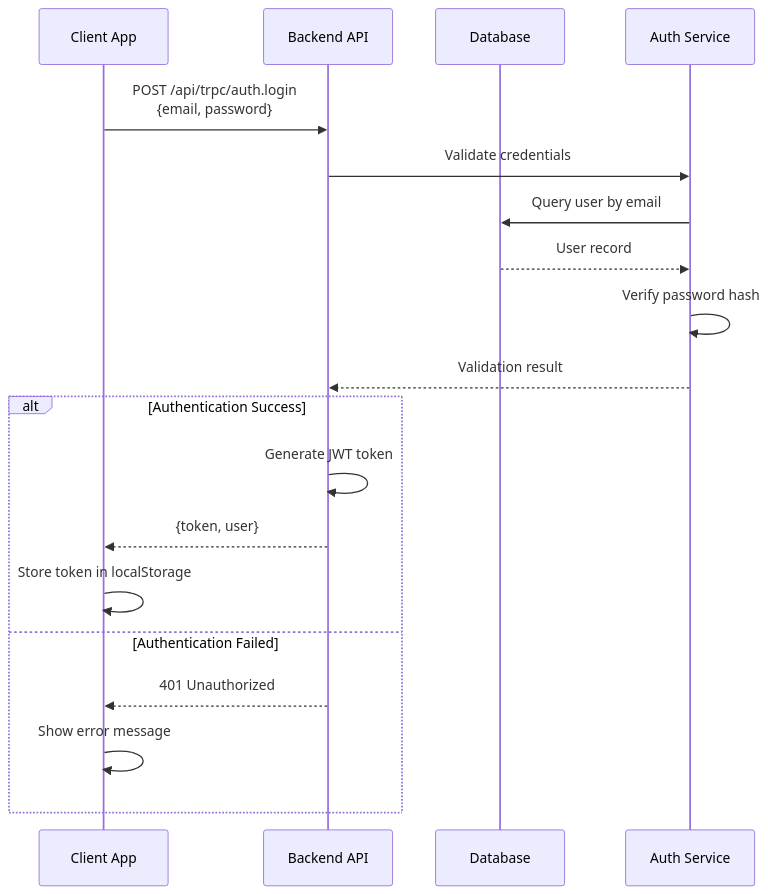
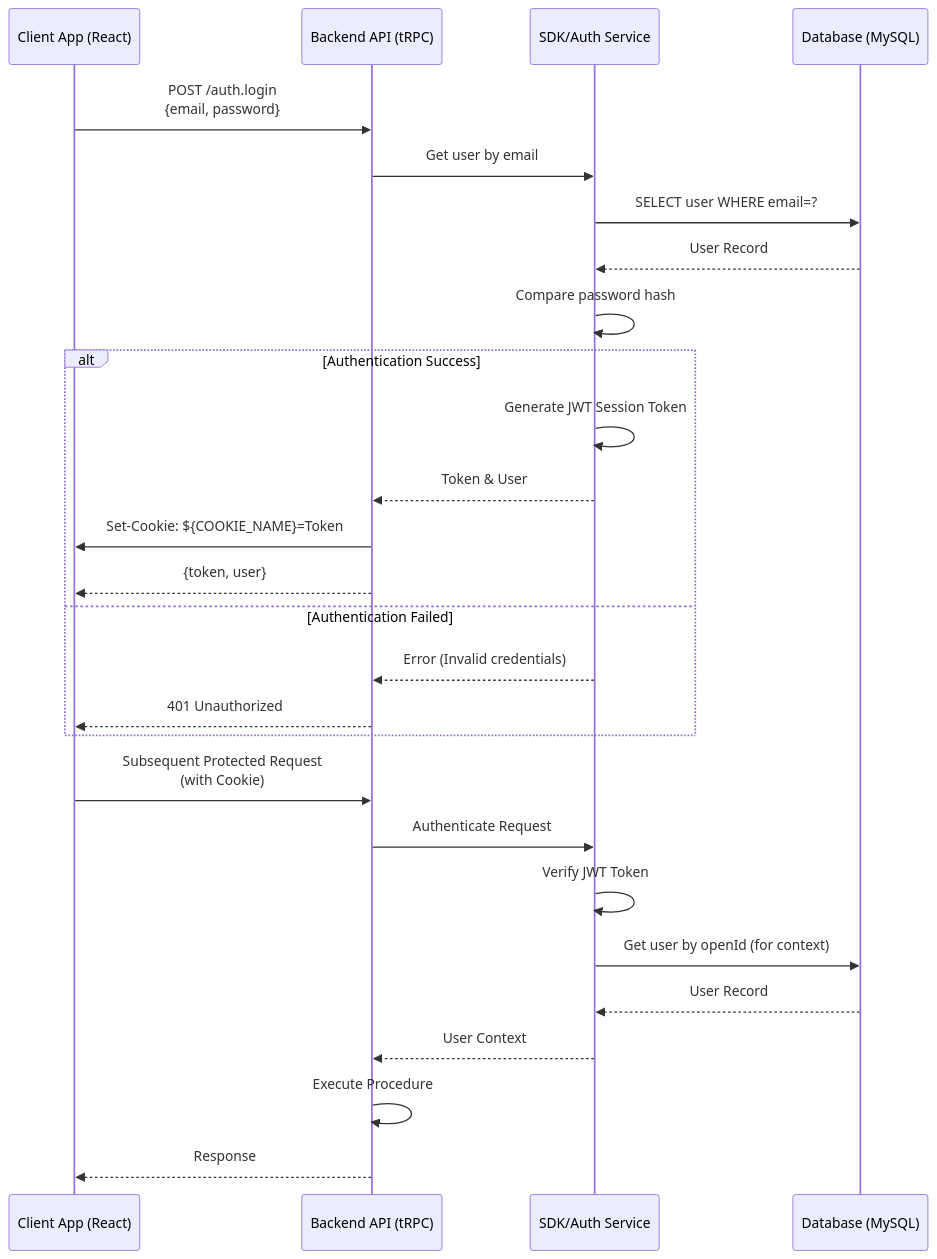
One commit to DruHustle/smart-factory-iot changed the first of 5 diagrams in docs/api-flows.md. Above: the diagram before and after it, drawn with Mermaid. The commit also changed other lines of this file and 7 other files, not shown here.

````diff
--- a/docs/api-flows.md
+++ b/docs/api-flows.md
@@ -5,23 +9,32 @@
 ```mermaid
 sequenceDiagram
-    participant Client as Client App
-    participant API as Backend API
-    participant DB as Database
-    participant Auth as Auth Service
+    participant Client as Client App (React)
+    participant API as Backend API (tRPC)
+    participant SDK as SDK/Auth Service
+    participant DB as Database (MySQL)
     
-    Client->>API: POST /api/trpc/auth.login<br/>{email, password}
-    API->>Auth: Validate credentials
-    Auth->>DB: Query user by email
-    DB-->>Auth: User record
-    Auth->>Auth: Verify password hash
-    Auth-->>API: Validation result
+    Client->>API: POST /auth.login<br/>{email, password}
+    API->>SDK: Get user by email
+    SDK->>DB: SELECT user WHERE email=?
+    DB-->>SDK: User Record
     
+    SDK->>SDK: Compare password hash
     alt Authentication Success
-        API->>API: Generate JWT token
+        SDK->>SDK: Generate JWT Session Token
+        SDK-->>API: Token & User
+        API->>Client: Set-Cookie: ${COOKIE_NAME}=Token
         API-->>Client: {token, user}
-        Client->>Client: Store token in localStorage
     else Authentication Failed
+        SDK-->>API: Error (Invalid credentials)
         API-->>Client: 401 Unauthorized
-        Client->>Client: Show error message
     end
+    
+    Client->>API: Subsequent Protected Request<br/>(with Cookie)
+    API->>SDK: Authenticate Request
+    SDK->>SDK: Verify JWT Token
+    SDK->>DB: Get user by openId (for context)
+    DB-->>SDK: User Record
+    SDK-->>API: User Context
+    API->>API: Execute Procedure
+    API-->>Client: Response
 ```
````
